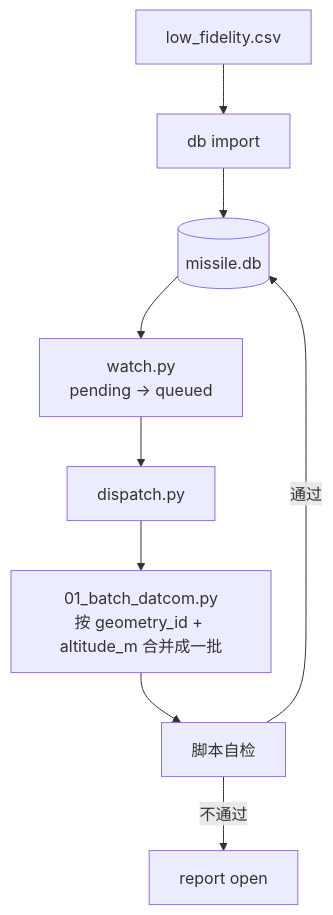
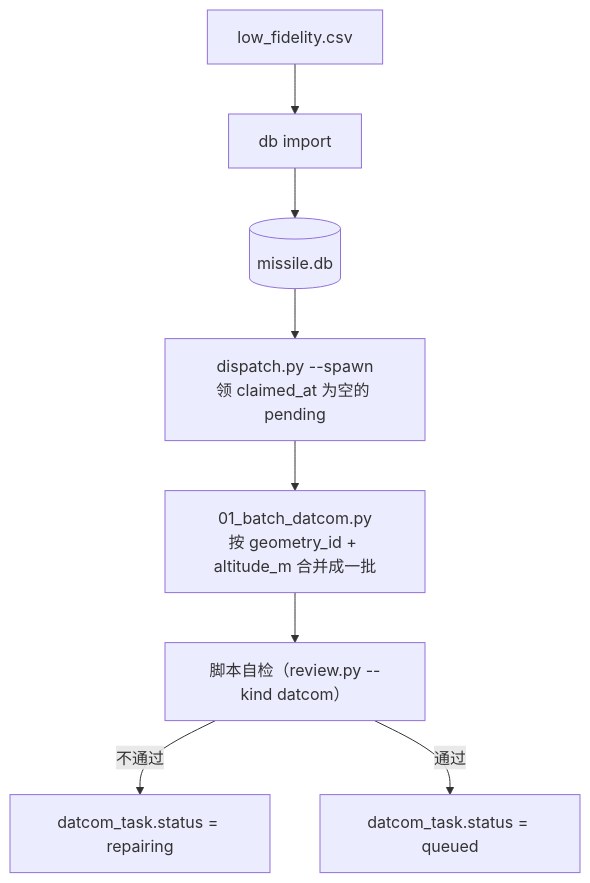
Before and after one commit to Chen-Xin-Yuan/AutoWorkflow-Spaceclaim-Fluent-ML: the second of 3 diagrams in myplan.md, drawn with Mermaid. The commit also changed other lines of this file and 15 other files, not shown here.

````diff
--- a/myplan.md
+++ b/myplan.md
@@ -596,11 +720,10 @@
 ```mermaid
 flowchart TD
   csv["low_fidelity.csv"] --> imp["db import"]
   imp --> db[("missile.db")]
-  db --> wat["watch.py<br/>pending → queued"]
-  wat --> dis["dispatch.py"]
+  db --> dis["dispatch.py --spawn<br/>领 claimed_at 为空的 pending"]
   dis --> batch["01_batch_datcom.py<br/>按 geometry_id + altitude_m 合并成一批"]
-  batch --> chk["脚本自检"]
-  chk -->|不通过| rep["report open"]
-  chk -->|通过| db
+  batch --> chk["脚本自检（review.py --kind datcom）"]
+  chk -->|不通过| fix["datcom_task.status = repairing"]
+  chk -->|通过| q["datcom_task.status = queued"]
 ```
````
